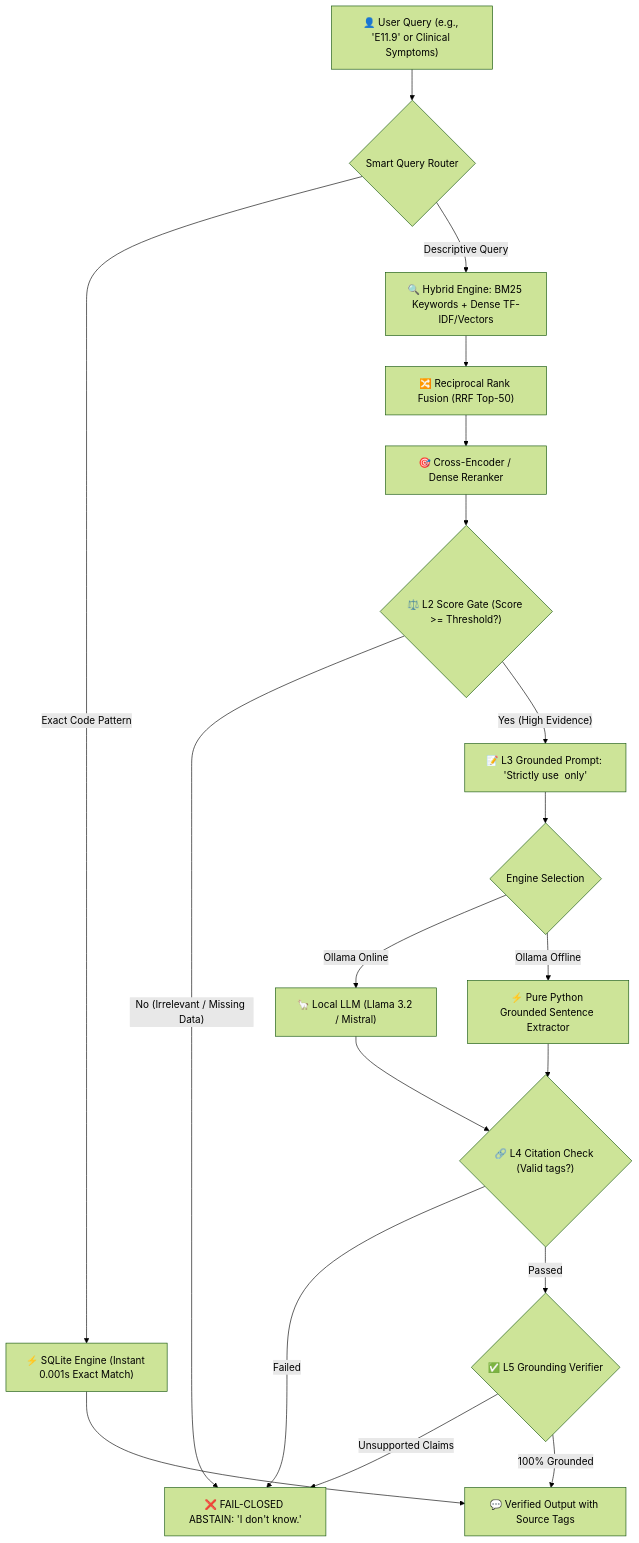
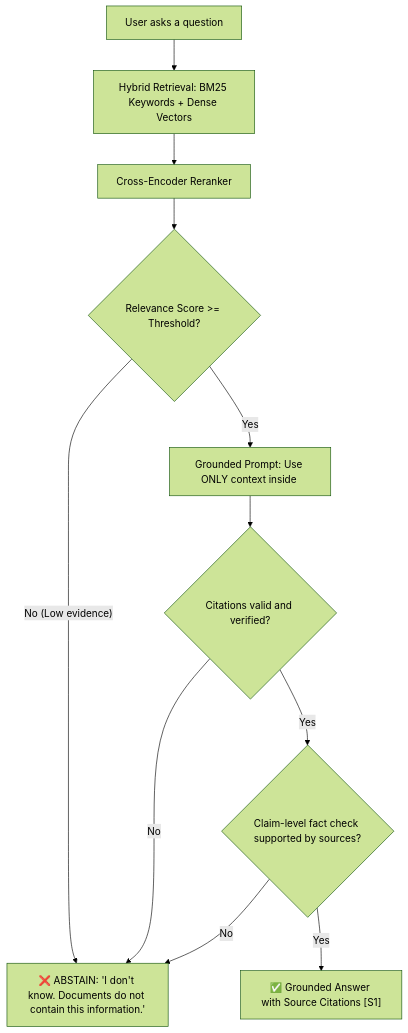
One commit to venkatesh01-t/RAG-SYSTEM-WITH-VIBE-CODE-SKILLS changed the diagram in README.md. Above: the diagram before and after it, drawn with Mermaid (forest theme). The commit also changed other lines of this file, not shown here.

````diff
--- a/README.md
+++ b/README.md
@@ -67,29 +110,16 @@
 ```mermaid
 flowchart TD
-    UserQuery["👤 User Query (e.g., 'E11.9' or Clinical Symptoms)"] --> Router{"Smart Query Router"}
+    UserQuery["User asks a question"] --> Hybrid["Hybrid Retrieval: BM25 Keywords + Dense Vectors"]
+    Hybrid --> Rerank["Cross-Encoder Reranker"]
+    Rerank --> ScoreGate{"Relevance Score >= Threshold?"}
     
-    Router -- "Exact Code Pattern" --> SQLiteDB["⚡ SQLite Engine (Instant 0.001s Exact Match)"]
-    Router -- "Descriptive Query" --> Hybrid["🔍 Hybrid Engine: BM25 Keywords + Dense TF-IDF/Vectors"]
+    ScoreGate -- "No (Low evidence)" --> Abstain["❌ ABSTAIN: 'I don't know. Documents do not contain this information.'"]
+    ScoreGate -- "Yes" --> GroundedPrompt["Grounded Prompt: Use ONLY context inside <sources>"]
     
-    Hybrid --> RRF["🔀 Reciprocal Rank Fusion (RRF Top-50)"]
-    RRF --> Rerank["🎯 Cross-Encoder / Dense Reranker"]
+    GroundedPrompt --> CitationCheck{"Citations valid and verified?"}
+    CitationCheck -- "No" --> Abstain
+    CitationCheck -- "Yes" --> Verifier{"Claim-level fact check supported by sources?"}
     
-    Rerank --> ScoreGate{"⚖️ L2 Score Gate (Score >= Threshold?)"}
-    
-    ScoreGate -- "No (Irrelevant / Missing Data)" --> Abstain["❌ FAIL-CLOSED ABSTAIN: 'I don't know.'"]
-    ScoreGate -- "Yes (High Evidence)" --> GroundedPrompt["📝 L3 Grounded Prompt: 'Strictly use <sources> only'"]
-    
-    GroundedPrompt --> DualEngine{"Engine Selection"}
-    DualEngine -- "Ollama Online" --> LocalLLM["🦙 Local LLM (Llama 3.2 / Mistral)"]
-    DualEngine -- "Ollama Offline" --> ExtractiveQA["⚡ Pure Python Grounded Sentence Extractor"]
-    
-    LocalLLM --> CitationCheck{"🔗 L4 Citation Check (Valid tags?)"}
-    ExtractiveQA --> CitationCheck
-    
-    CitationCheck -- "Failed" --> Abstain
-    CitationCheck -- "Passed" --> Verifier{"✅ L5 Grounding Verifier"}
-    
-    Verifier -- "Unsupported Claims" --> Abstain
-    Verifier -- "100% Grounded" --> Output["💬 Verified Output with Source Tags"]
-    SQLiteDB --> Output
+    Verifier -- "No" --> Abstain
+    Verifier -- "Yes" --> FinalAnswer["✅ Grounded Answer with Source Citations [S1]"]
 ```
````
